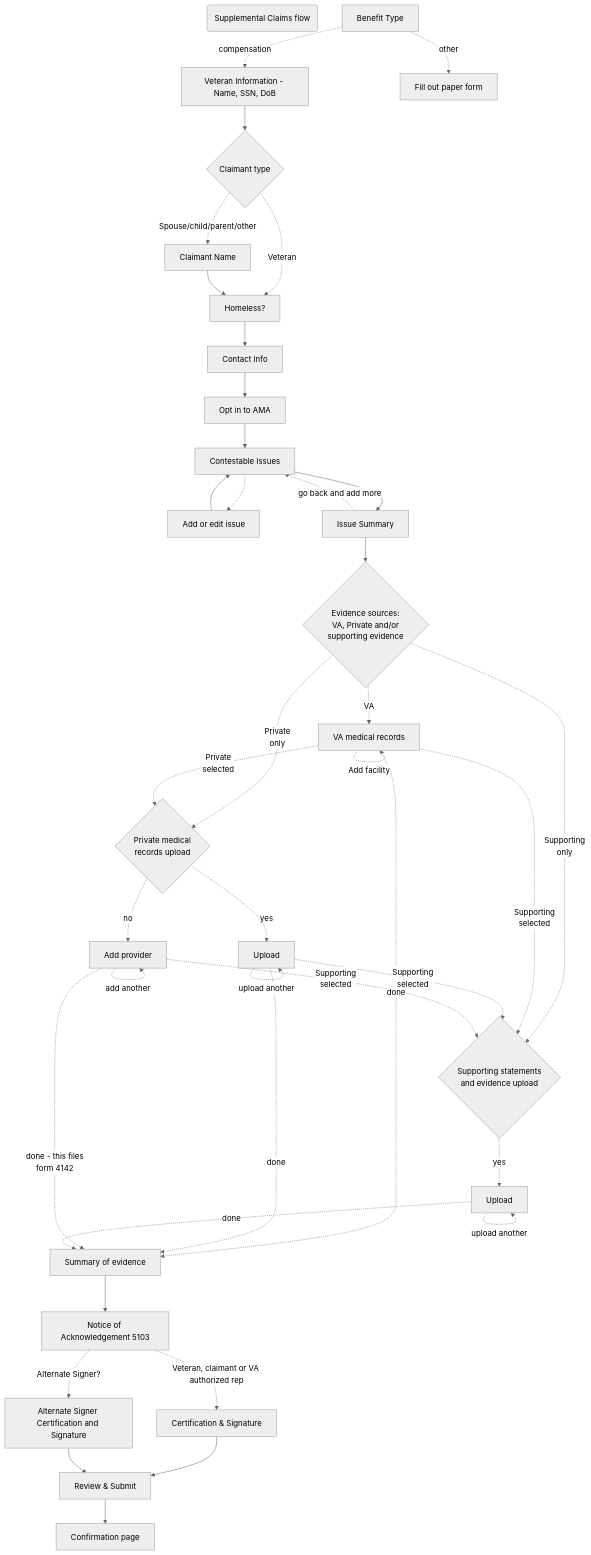
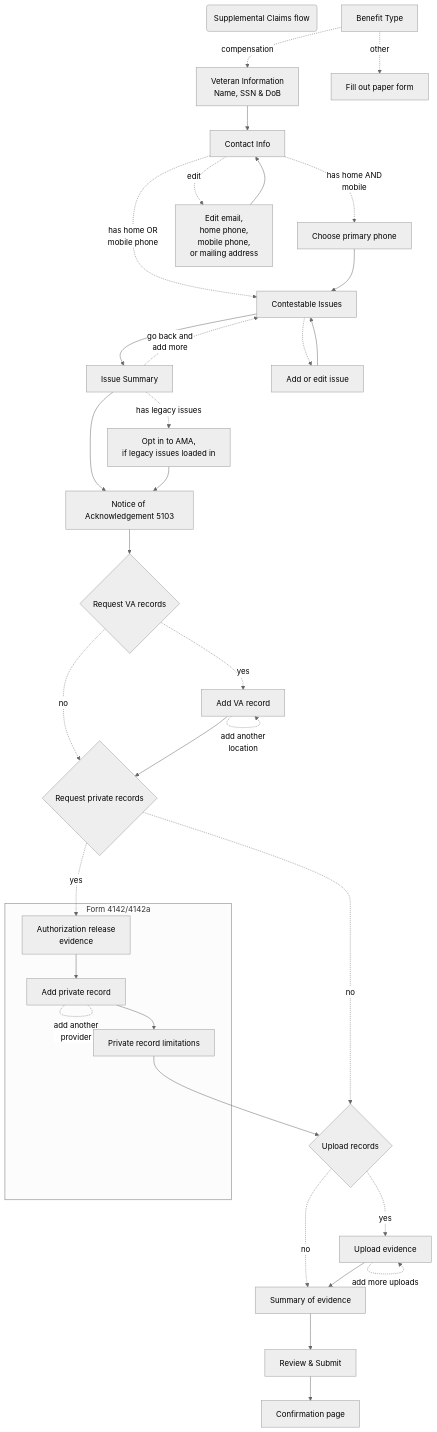
The diagram in products/decision-reviews/Supplemental-Claims/design/supplemental-claims-flow.md (department-of-veterans-affairs/va.gov-team), drawn with Mermaid (neutral theme) before and after one commit. The commit also changed other lines of this file, not shown here.

Commit message:
Update to new Supplemental Claim flow

````diff
--- a/products/decision-reviews/Supplemental-Claims/design/supplemental-claims-flow.md
+++ b/products/decision-reviews/Supplemental-Claims/design/supplemental-claims-flow.md
@@ -3,64 +5,78 @@
 ```mermaid
 flowchart TB
     Title(Supplemental Claims flow)
 
+    %% =============================
+    %% Subtask (/start page)
+    %% =============================
+
     BenefitType[Benefit Type] -. compensation .-> VetInfo
     BenefitType -. other .-> PDF[Fill out paper form]
 
-    VetInfo[Veteran Information - Name, SSN, DoB] --> ClaimantType{Claimant type}
+    %% =============================
+    %% Veteran info
+    %% =============================
 
-    ClaimantType -. Spouse/child/parent/other .-> ClaimantName[Claimant Name]
-    ClaimantType -. Veteran .-> Homeless[Homeless?]
+    VetInfo[Veteran Information<br>Name, SSN & DoB] --> ContactInfo
 
-    ClaimantName --> Homeless
-    Homeless --> ContactInfo[Contact Info]
+    ContactInfo[Contact Info] -. has home AND<br>mobile .-> PrimaryPhone
+    ContactInfo -. edit .-> EditContactInfo
+    ContactInfo -. has home OR<br>mobile phone .-> ContestableIssues
 
-    ContactInfo --> OptIn[Opt in to AMA]
-    OptIn --> ContestableIssues[Contestable Issues]
+    EditContactInfo[Edit email,<br>home phone,<br>mobile phone,<br>or mailing address] --> ContactInfo
 
-    ContestableIssues .-> AddOrEdit[Add or edit issue] --> ContestableIssues
-    IssueSummary -. go back and add more .-> ContestableIssues
+    PrimaryPhone[Choose primary phone] --> ContestableIssues
+
+    %% =============================
+    %% Contestable issues
+    %% =============================
 
     ContestableIssues --> IssueSummary[Issue Summary]
+    ContestableIssues[Contestable Issues] .-> AddOrEdit
 
-    IssueSummary --> EvidenceTypes{Evidence sources:<br>VA, Private and/or<br>supporting evidence}
+    AddOrEdit[Add or edit issue] --> ContestableIssues
+
+    IssueSummary -. go back and<br>add more .-> ContestableIssues
+    IssueSummary -. has legacy issues .-> OptIn
+
+    IssueSummary --> Acknowledgment
+
+    OptIn[Opt in to AMA,<br>if legacy issues loaded in] --> Acknowledgment
 
     %% =============================
-    %% Supporting evidence (from 526)
+    %% Supporting evidence
     %% =============================
 
-    EvidenceTypes -. VA .-> VAMR[VA medical records]
-    EvidenceTypes -. Private<br>only .-> PrivateMrUploadQuestion{Private medical<br>records upload}
-    EvidenceTypes -. Supporting<br>only .-> StatementsUploadQuestion{Supporting statements<br>and evidence upload}
+    Acknowledgment[Notice of Acknowledgement 5103] --> VaRecords
 
-    EvidenceSummary[Summary of evidence]
-    VAMR -. done .-> EvidenceSummary
-    PrivateMrUpload -. done .-> EvidenceSummary
-    PrivateProvider -. done - this files<br>form 4142 .-> EvidenceSummary
-    StatementsUpload -. done .-> EvidenceSummary
+    VaRecords{Request VA records} -. yes .-> AddVaRecord
+    AddVaRecord[Add VA record] -. add another<br>location .-> AddVaRecord
+    VaRecords -. no .-> PrivateRecord
+    AddVaRecord --> PrivateRecord
 
-    VAMR -. Supporting<br>selected .-> StatementsUploadQuestion
-    VAMR -. Private<br>selected .-> PrivateMrUploadQuestion
-    VAMR -. Add facility .-> VAMR
+    PrivateRecord{Request private records} -. no .-> UploadRecord
+    PrivateRecord -. yes .-> PrivateAuthorization
 
-    PrivateMrUploadQuestion -. yes .-> PrivateMrUpload[Upload]
-    PrivateMrUpload -. upload another .-> PrivateMrUpload
-    PrivateMrUploadQuestion -. no .-> PrivateProvider[Add provider]
-    PrivateProvider -. add another .-> PrivateProvider
+    subgraph Evidence [Form 4142/4142a]
 
-    StatementsUploadQuestion -. yes .-> StatementsUpload[Upload]
-    StatementsUpload -. upload another .-> StatementsUpload
+    PrivateAuthorization[Authorization release<br>evidence] --> AddPrivateRecord
 
-    PrivateMrUpload -. Supporting<br>selected .-> StatementsUploadQuestion
-    PrivateProvider -. Supporting<br>selected .-> StatementsUploadQuestion
+    AddPrivateRecord[Add private record] -. add another<br>provider .- AddPrivateRecord
+    AddPrivateRecord --> PrivateLimitation
+
+    end
+
+    PrivateLimitation[Private record limitations] --> UploadRecord
+
+    UploadRecord -. no .-> EvidenceSummary
+    UploadRecord{Upload records} -. yes .-> UploadPage
+
+    UploadPage[Upload evidence] -. add more uploads .-> UploadPage
+    UploadPage --> EvidenceSummary
+
     %% =============================
 
-    EvidenceSummary --> Acknowledgment[Notice of Acknowledgement 5103]
-    Acknowledgment -. Veteran, claimant or VA authorized rep .-> Certification[Certification & Signature]
-    Certification --> ReviewSubmit[Review & Submit]
+    EvidenceSummary[Summary of evidence] --> ReviewSubmit
 
-    Acknowledgment -. Alternate Signer? .-> AltCertification[Alternate Signer Certification and Signature]
-    AltCertification --> ReviewSubmit
-
-    ReviewSubmit --> Confirmation[Confirmation page]
+    ReviewSubmit[Review & Submit] --> Confirmation[Confirmation page]
 ```
````
